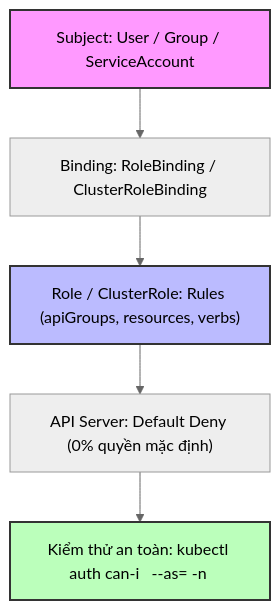
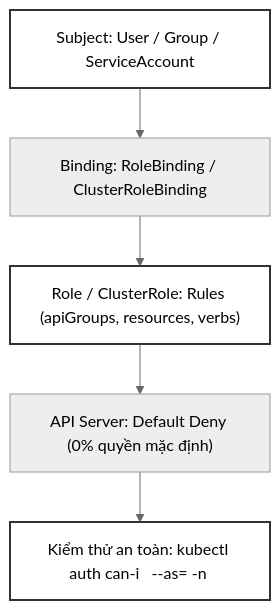
Before and after one commit to kiennt308/ntk: the second of 3 diagrams in _posts/2026-09-12-cka-10-10-rbac-vai-va-rang-buoc.md, drawn with Mermaid (neutral theme). The commit also changed other lines of this file and 207 other files, not shown here.

Commit message:
feat(posts): batch standardize all 208 posts with TL;DR, qa-card accordion, fill:none mermaid, and liquid raw wrappers

````diff
--- a/_posts/2026-09-12-cka-10-10-rbac-vai-va-rang-buoc.md
+++ b/_posts/2026-09-12-cka-10-10-rbac-vai-va-rang-buoc.md
@@ -370,11 +374,11 @@
 ```mermaid
 graph TD
     A["Subject: User / Group / ServiceAccount"] --> B["Binding: RoleBinding / ClusterRoleBinding"]
     B --> C["Role / ClusterRole: Rules (apiGroups, resources, verbs)"]
     C --> D["API Server: Default Deny (0% quyền mặc định)"]
     D --> E["Kiểm thử an toàn: kubectl auth can-i <verb> <resource> --as=<user> -n <ns>"]
 
-    style A fill:#f9f,stroke:#333,stroke-width:2px
-    style C fill:#bbf,stroke:#333,stroke-width:2px
-    style E fill:#bfb,stroke:#333,stroke-width:2px
+    style A fill:none,stroke:#333,stroke-width:2px
+    style C fill:none,stroke:#333,stroke-width:2px
+    style E fill:none,stroke:#333,stroke-width:2px
 ```
````
